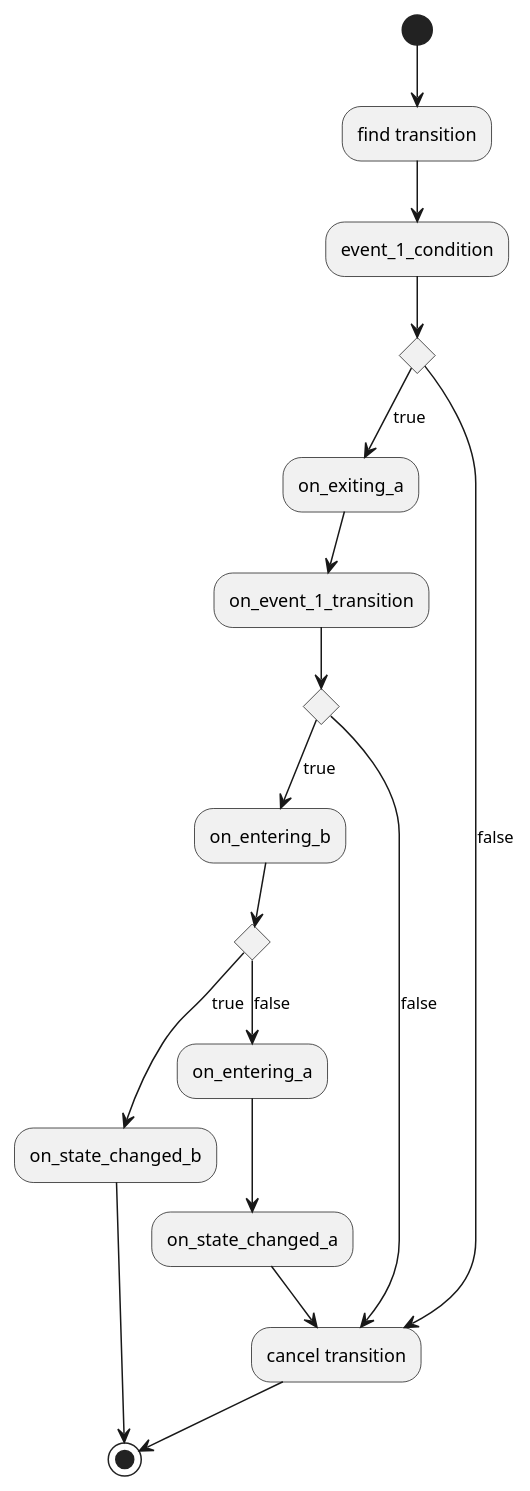
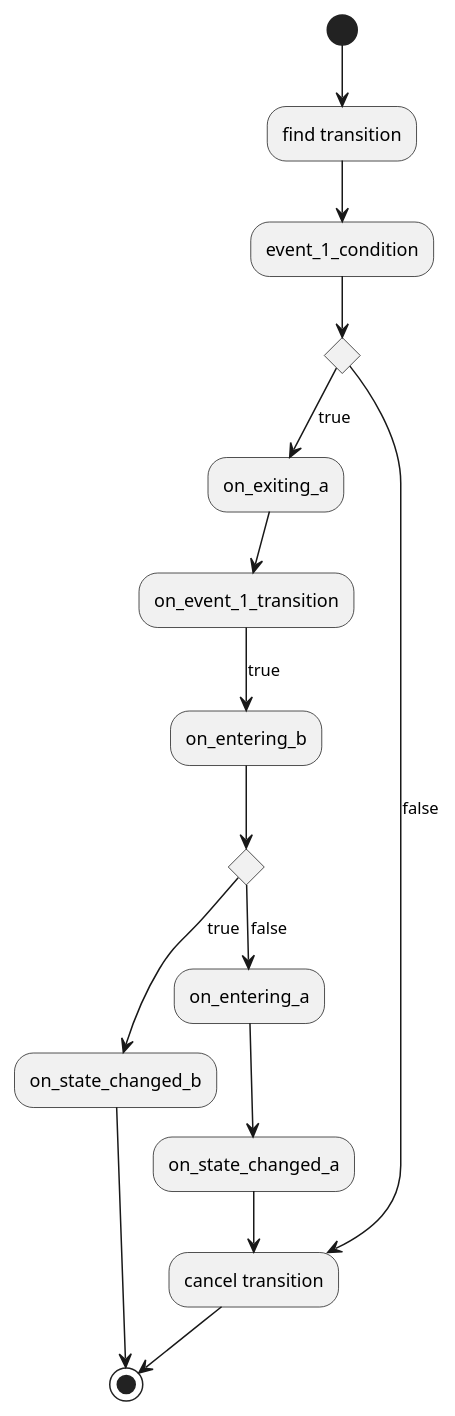
The diagram in source/features/transitions/callbacks_execution_order.pu (igor-krechetov/hsmcpp-doc), drawn with PlantUML before and after one commit. The commit also changed 7 other files, not shown here.

```diff
--- a/source/features/transitions/callbacks_execution_order.pu
+++ b/source/features/transitions/callbacks_execution_order.pu
@@ -1,26 +1,22 @@
 @startuml
 
 (*) --> "find transition"
 --> "event_1_condition"
 if "" then
   --> [true] "on_exiting_a"
   --> "on_event_1_transition"
+  --> [true] "on_entering_b"
   if "" then
-    --> [true] "on_entering_b"
-    if "" then
-      --> [true] "on_state_changed_b"
-      --> (*)
-    else
-      --> [false] "on_entering_a"
-      --> "on_state_changed_a"
-      --> "cancel transition"
-      --> (*)
-    endif
+    --> [true] "on_state_changed_b"
+    --> (*)
   else
-    --> [false] "cancel transition"
+    --> [false] "on_entering_a"
+    --> "on_state_changed_a"
+    --> "cancel transition"
+    --> (*)
   endif
 else
   --> [false] "cancel transition"
 endif
 
 @enduml
```
